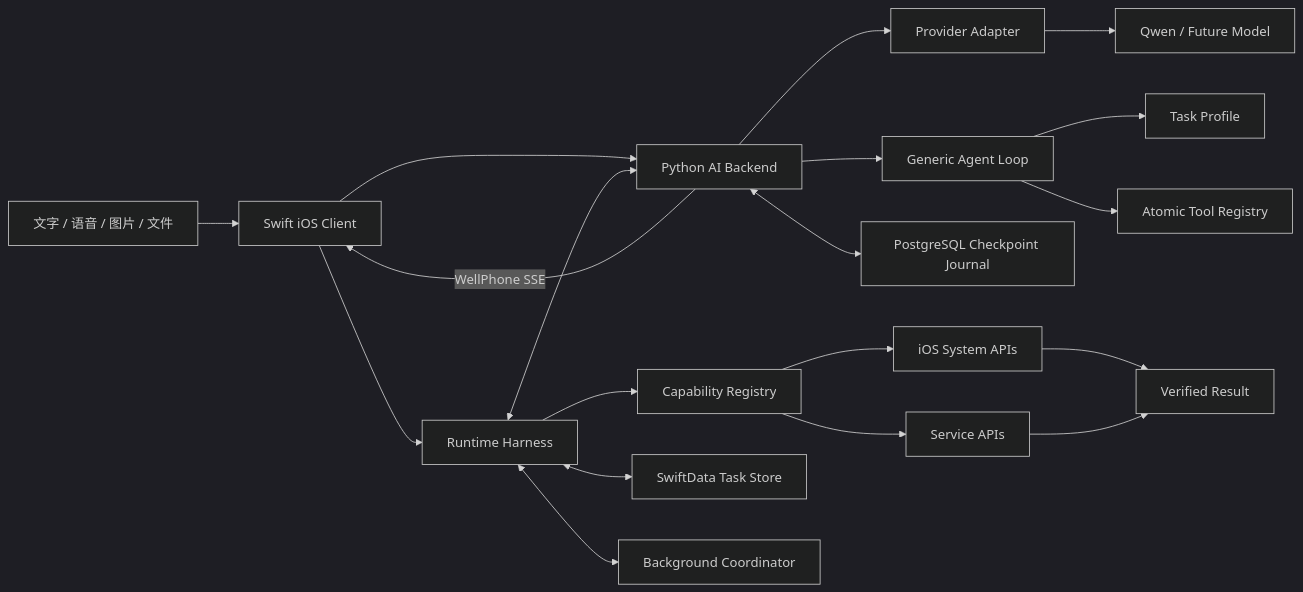
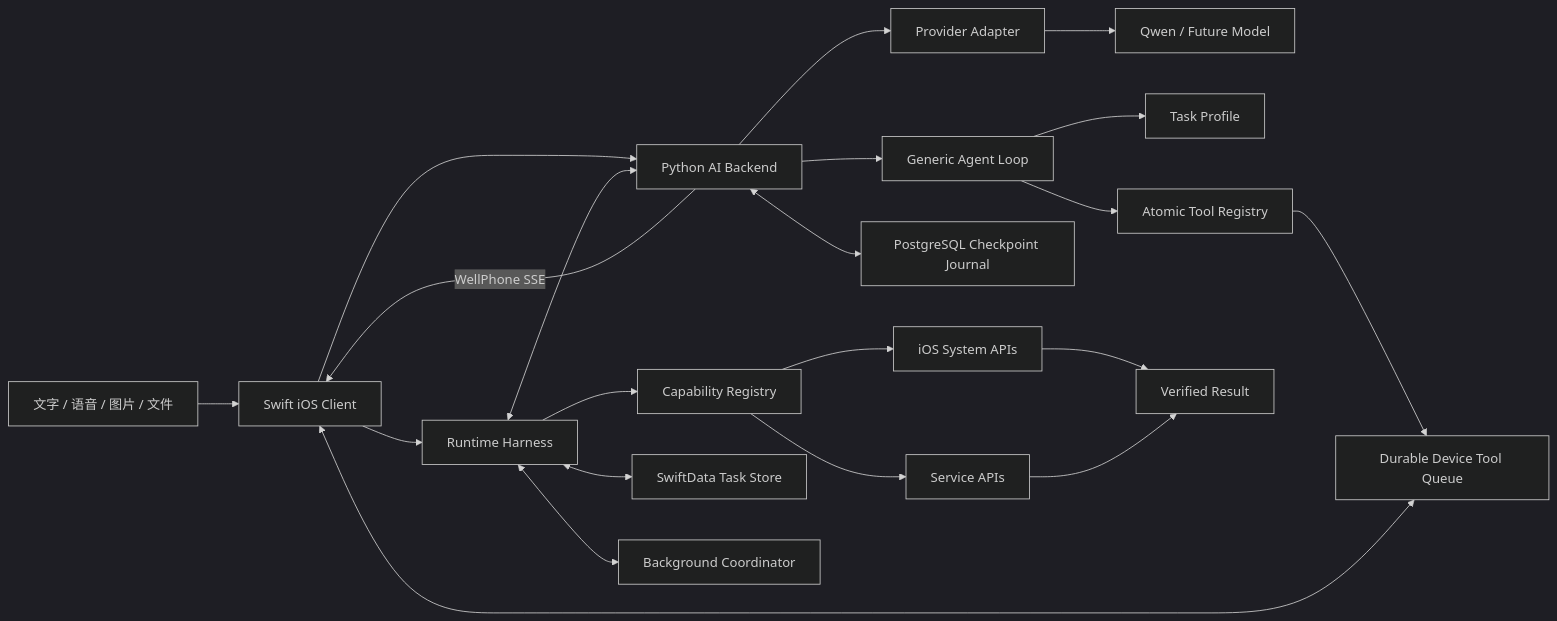
The diagram in README.md (Kirin-Hunter-Nan/wellphone), drawn with Mermaid (dark theme) before and after one commit. The commit also changed other lines of this file and 32 other files, not shown here.

````diff
--- a/README.md
+++ b/README.md
@@ -17,21 +17,23 @@
 ```mermaid
 flowchart LR
     A["文字 / 语音 / 图片 / 文件"] --> B["Swift iOS Client"]
     B --> C["Python AI Backend"]
     C --> D["Provider Adapter"]
     D --> E["Qwen / Future Model"]
     C --> N["Generic Agent Loop"]
     N --> O["Task Profile"]
     N --> P["Atomic Tool Registry"]
+    P --> Q["Durable Device Tool Queue"]
+    Q <--> B
     C -->|"WellPhone SSE"| B
     B --> F["Runtime Harness"]
     F --> G["Capability Registry"]
     F <--> H["SwiftData Task Store"]
     F <--> C
     C <--> M["PostgreSQL Checkpoint Journal"]
     F <--> I["Background Coordinator"]
     G --> J["iOS System APIs"]
     G --> K["Service APIs"]
     J --> L["Verified Result"]
     K --> L
 ```
````
